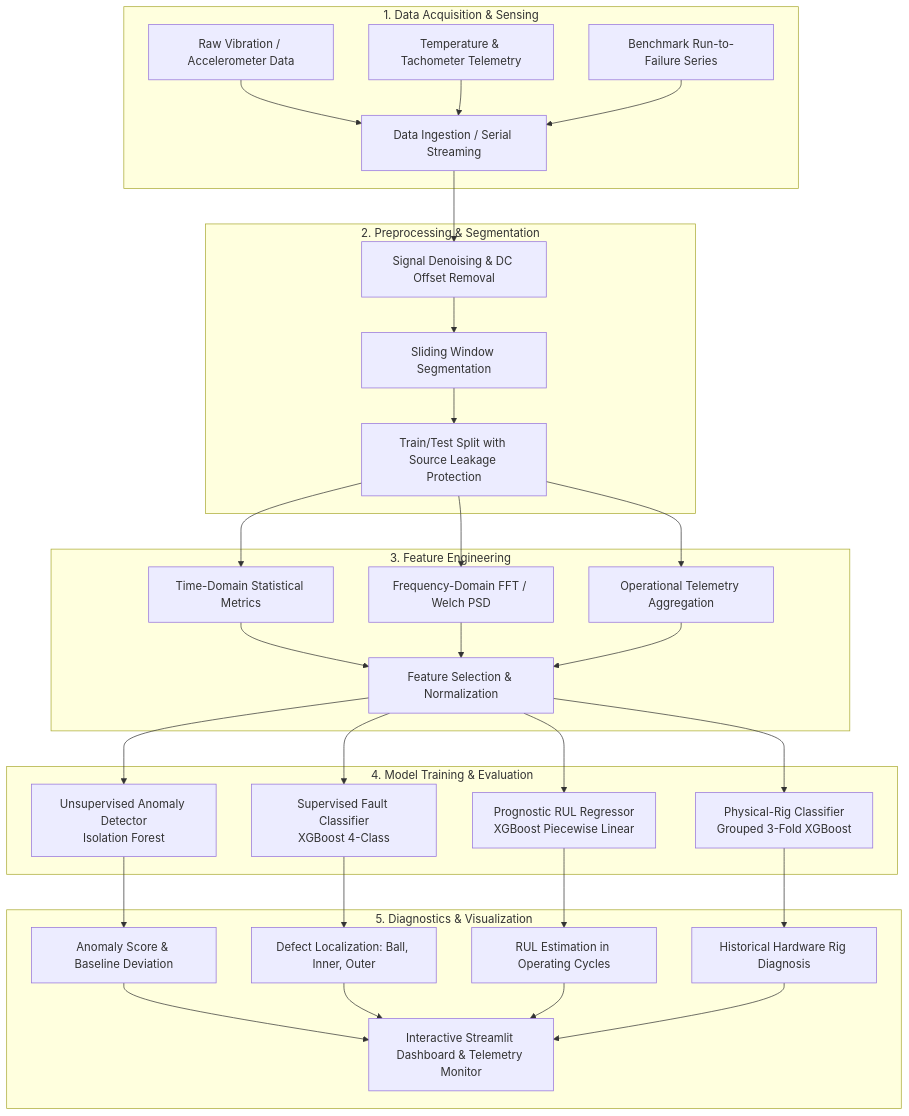
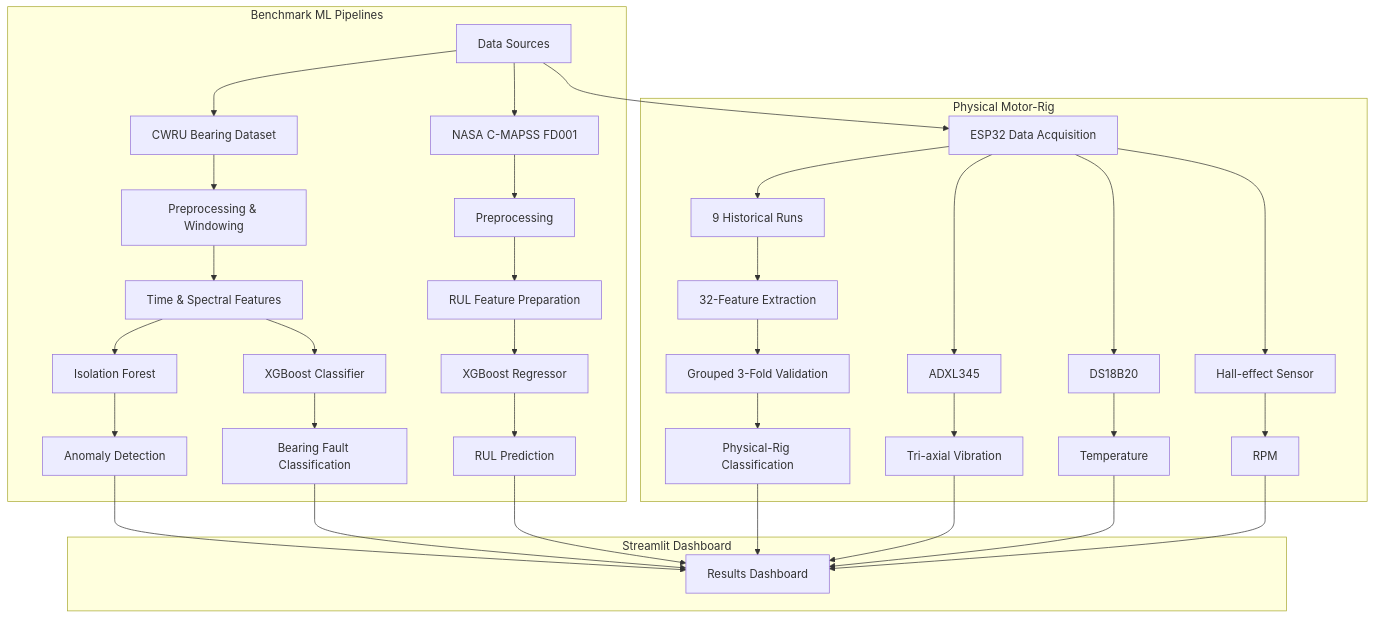
One commit to premkumarrs/motor-bearing-predictive-maintenance changed the diagram in README.md. Above: the diagram before and after it, drawn with Mermaid. The commit also changed other lines of this file, not shown here.

````diff
--- a/README.md
+++ b/README.md
@@ -8,37 +20,50 @@
 ```mermaid
 flowchart TD
-    subgraph DAQ [1. Data Acquisition & Sensing]
-        A1[Raw Vibration / Accelerometer Data]
-        A2[Temperature & Tachometer Telemetry]
-        A3[Benchmark Run-to-Failure Series]
-        A1 & A2 & A3 --> B[Data Ingestion / Serial Streaming]
+
+    A[Data Sources]
+
+    subgraph BENCHMARK["Benchmark ML Pipelines"]
+        A --> B[CWRU Bearing Dataset]
+        B --> B1[Preprocessing & Windowing]
+        B1 --> B2[Time & Spectral Features]
+
+        B2 --> B3[Isolation Forest]
+        B3 --> B4[Anomaly Detection]
+
+        B2 --> B5[XGBoost Classifier]
+        B5 --> B6[Bearing Fault Classification]
+
+        A --> C[NASA C-MAPSS FD001]
+        C --> C1[Preprocessing]
+        C1 --> C2[RUL Feature Preparation]
+        C2 --> C3[XGBoost Regressor]
+        C3 --> C4[RUL Prediction]
     end
 
-    subgraph PREPROC [2. Preprocessing & Segmentation]
-        B --> C1[Signal Denoising & DC Offset Removal]
-        C1 --> C2[Sliding Window Segmentation]
-        C2 --> C3[Train/Test Split with Source Leakage Protection]
+    subgraph HARDWARE["Physical Motor-Rig"]
+        A --> D[ESP32 Data Acquisition]
+
+        D --> D1[ADXL345]
+        D --> D2[DS18B20]
+        D --> D3[Hall-effect Sensor]
+
+        D1 --> D4[Tri-axial Vibration]
+        D2 --> D5[Temperature]
+        D3 --> D6[RPM]
+
+        D --> D7[9 Historical Runs]
+        D7 --> D8[32-Feature Extraction]
+        D8 --> D9[Grouped 3-Fold Validation]
+        D9 --> D10[Physical-Rig Classification]
     end
 
-    subgraph FEAT [3. Feature Engineering]
-        C3 --> D1[Time-Domain Statistical Metrics]
-        C3 --> D2[Frequency-Domain FFT / Welch PSD]
-        C3 --> D3[Operational Telemetry Aggregation]
-        D1 & D2 & D3 --> E[Feature Selection & Normalization]
-    end
-
-    subgraph MODELS [4. Model Training & Evaluation]
-        E --> F1[Unsupervised Anomaly Detector<br/>Isolation Forest]
-        E --> F2[Supervised Fault Classifier<br/>XGBoost 4-Class]
-        E --> F3[Prognostic RUL Regressor<br/>XGBoost Piecewise Linear]
-        E --> F4[Physical-Rig Classifier<br/>Grouped 3-Fold XGBoost]
-    end
-
-    subgraph OUT [5. Diagnostics & Visualization]
-        F1 --> G1[Anomaly Score & Baseline Deviation]
-        F2 --> G2[Defect Localization: Ball, Inner, Outer]
-        F3 --> G3[RUL Estimation in Operating Cycles]
-        F4 --> G4[Historical Hardware Rig Diagnosis]
-        G1 & G2 & G3 & G4 --> H[Interactive Streamlit Dashboard & Telemetry Monitor]
+    subgraph DASHBOARD["Streamlit Dashboard"]
+        B4 --> E[Results Dashboard]
+        B6 --> E
+        C4 --> E
+        D10 --> E
+        D4 --> E
+        D5 --> E
+        D6 --> E
     end
 ```
````
